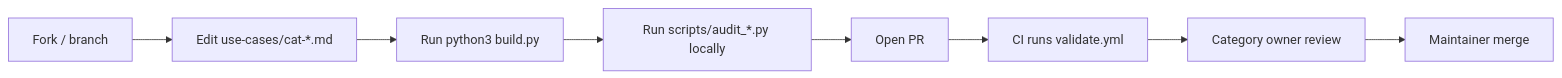
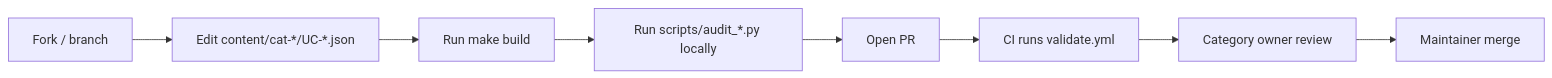
The fourth of 4 diagrams in docs/DESIGN.md (fenre/splunk-monitoring-use-cases), drawn with Mermaid before and after one commit. The commit also changed other lines of this file and 50 other files, not shown here.

````diff
--- a/docs/DESIGN.md
+++ b/docs/DESIGN.md
@@ -565,13 +564,13 @@
 ```mermaid
 flowchart LR
     fork["Fork / branch"]
-    edit["Edit use-cases/cat-*.md"]
-    build["Run python3 build.py"]
+    edit["Edit content/cat-*/UC-*.json"]
+    build["Run make build"]
     audit["Run scripts/audit_*.py locally"]
     pr["Open PR"]
     ci["CI runs validate.yml"]
     review["Category owner review"]
     merge["Maintainer merge"]
 
     fork --> edit --> build --> audit --> pr --> ci --> review --> merge
 ```
````
